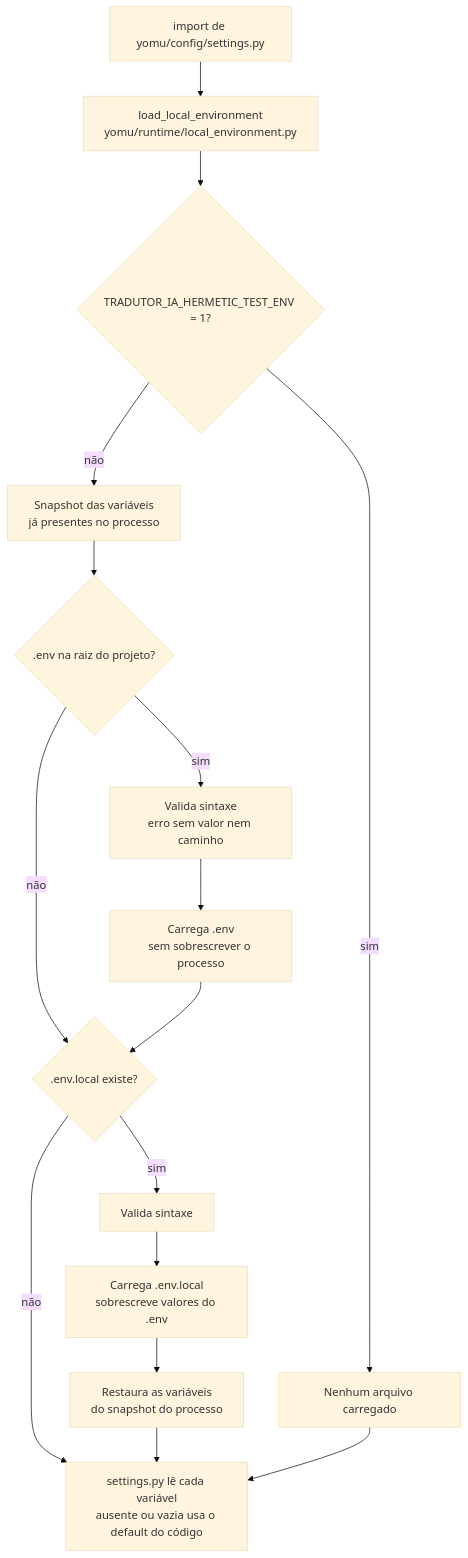
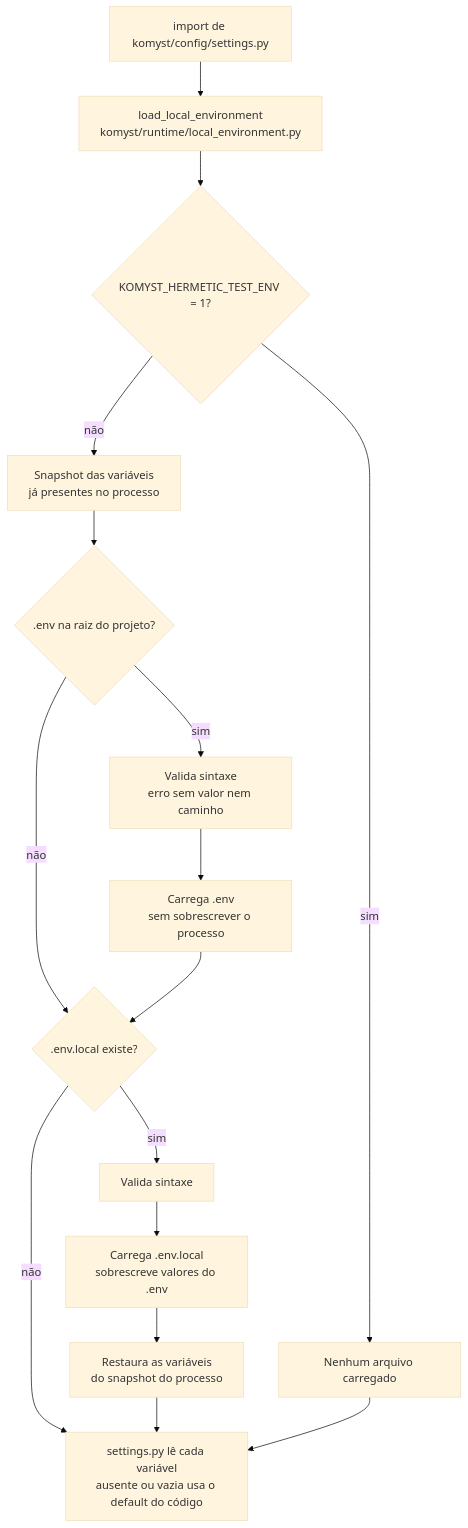
One commit to HenriquePvAr/Yomu-Sekai changed the diagram in docs/CONFIGURATION.md. Above: the diagram before and after it, drawn with Mermaid (base theme). The commit also changed other lines of this file and 49 other files, not shown here.

````diff
--- a/docs/CONFIGURATION.md
+++ b/docs/CONFIGURATION.md
@@ -18,18 +18,18 @@
 ```mermaid
 flowchart TD
-    A[import de yomu/config/settings.py] --> B[load_local_environment<br/>yomu/runtime/local_environment.py]
-    B --> H{TRADUTOR_IA_HERMETIC_TEST_ENV = 1?}
+    A[import de komyst/config/settings.py] --> B[load_local_environment<br/>komyst/runtime/local_environment.py]
+    B --> H{KOMYST_HERMETIC_TEST_ENV = 1?}
     H -->|sim| N[Nenhum arquivo carregado]
     H -->|não| P[Snapshot das variáveis<br/>já presentes no processo]
     P --> E{.env na raiz do projeto?}
     E -->|sim| V1[Valida sintaxe<br/>erro sem valor nem caminho]
     V1 --> L1[Carrega .env<br/>sem sobrescrever o processo]
     E -->|não| L2
     L1 --> L2{.env.local existe?}
     L2 -->|sim| V2[Valida sintaxe]
     V2 --> L3[Carrega .env.local<br/>sobrescreve valores do .env]
     L3 --> R[Restaura as variáveis<br/>do snapshot do processo]
     L2 -->|não| D
     R --> D[settings.py lê cada variável<br/>ausente ou vazia usa o default do código]
     N --> D
 ```
````
